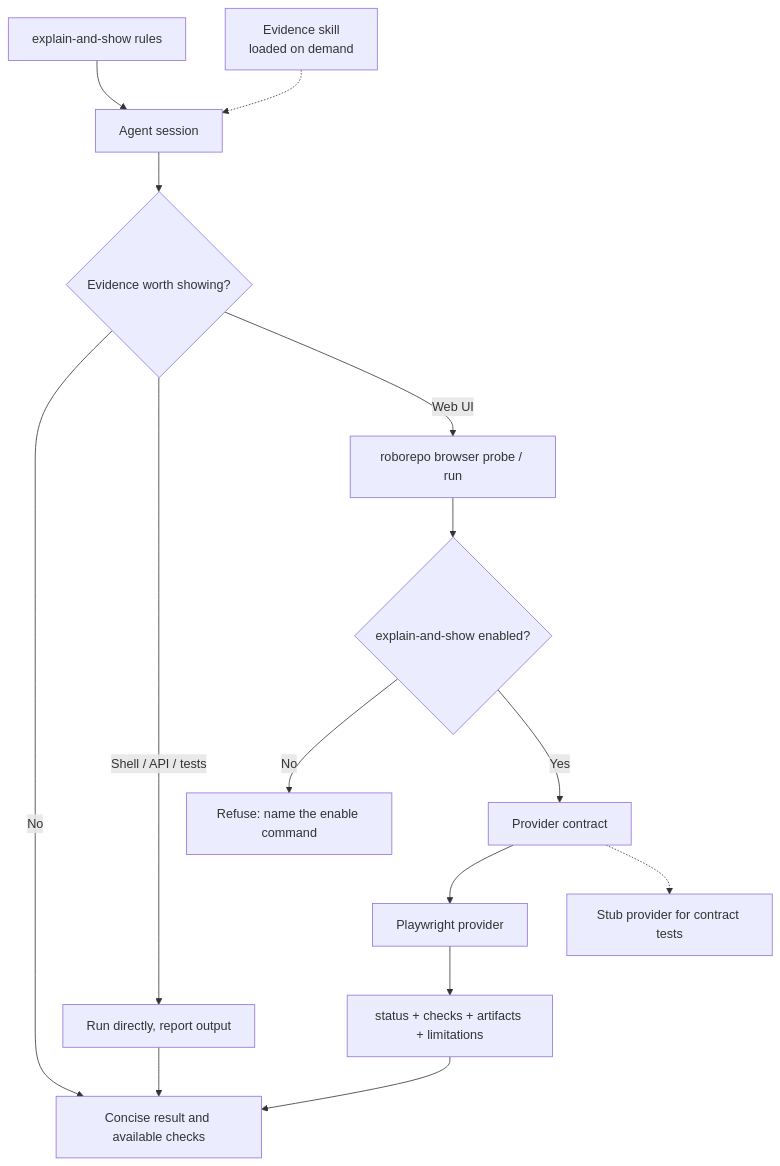
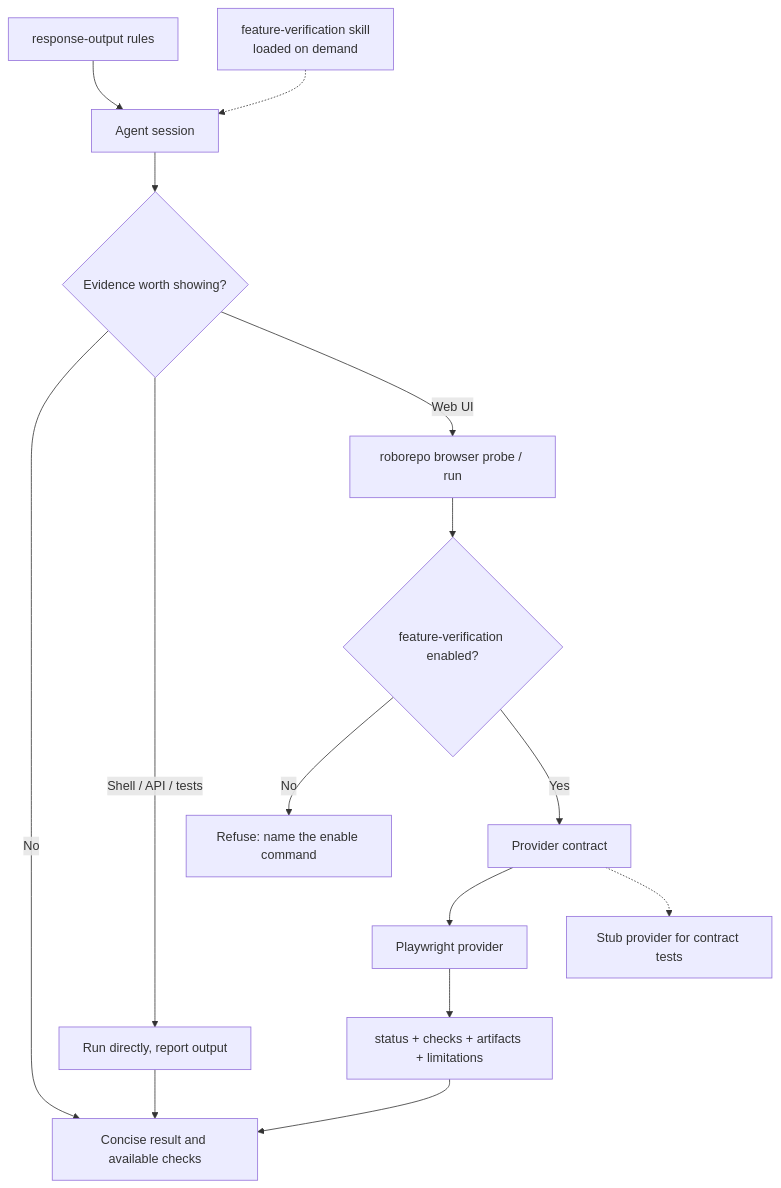
Before and after one commit to kirinmurphy/roborepo-alpha: the diagram in docs/plans/ready/agent-config-interactive-communication-and-demonstrations.md, drawn with Mermaid. The commit also changed other lines of this file, not shown here.

Commit message:
Promote plan agent-config-interactive-communication-and-demonstrations to ready

````diff
--- a/docs/plans/ready/agent-config-interactive-communication-and-demonstrations.md
+++ b/docs/plans/ready/agent-config-interactive-communication-and-demonstrations.md
@@ -169,17 +173,17 @@
 ```mermaid
 flowchart TB
-  Rules[explain-and-show rules] --> Agent[Agent session]
-  Skill[Evidence skill<br/>loaded on demand] -.-> Agent
+  Rules[response-output rules] --> Agent[Agent session]
+  Skill[feature-verification skill<br/>loaded on demand] -.-> Agent
   Agent --> Choice{Evidence worth showing?}
   Choice -->|No| Report[Concise result and available checks]
   Choice -->|Shell / API / tests| Direct[Run directly, report output]
   Choice -->|Web UI| CLI[roborepo browser probe / run]
-  CLI --> Gate{explain-and-show enabled?}
+  CLI --> Gate{feature-verification enabled?}
   Gate -->|No| Refuse[Refuse: name the enable command]
   Gate -->|Yes| Adapter[Provider contract]
   Adapter --> Playwright[Playwright provider]
   Adapter -.-> Stub[Stub provider for contract tests]
   Playwright --> Result[status + checks + artifacts + limitations]
   Direct --> Report
   Result --> Report
 ```
````
